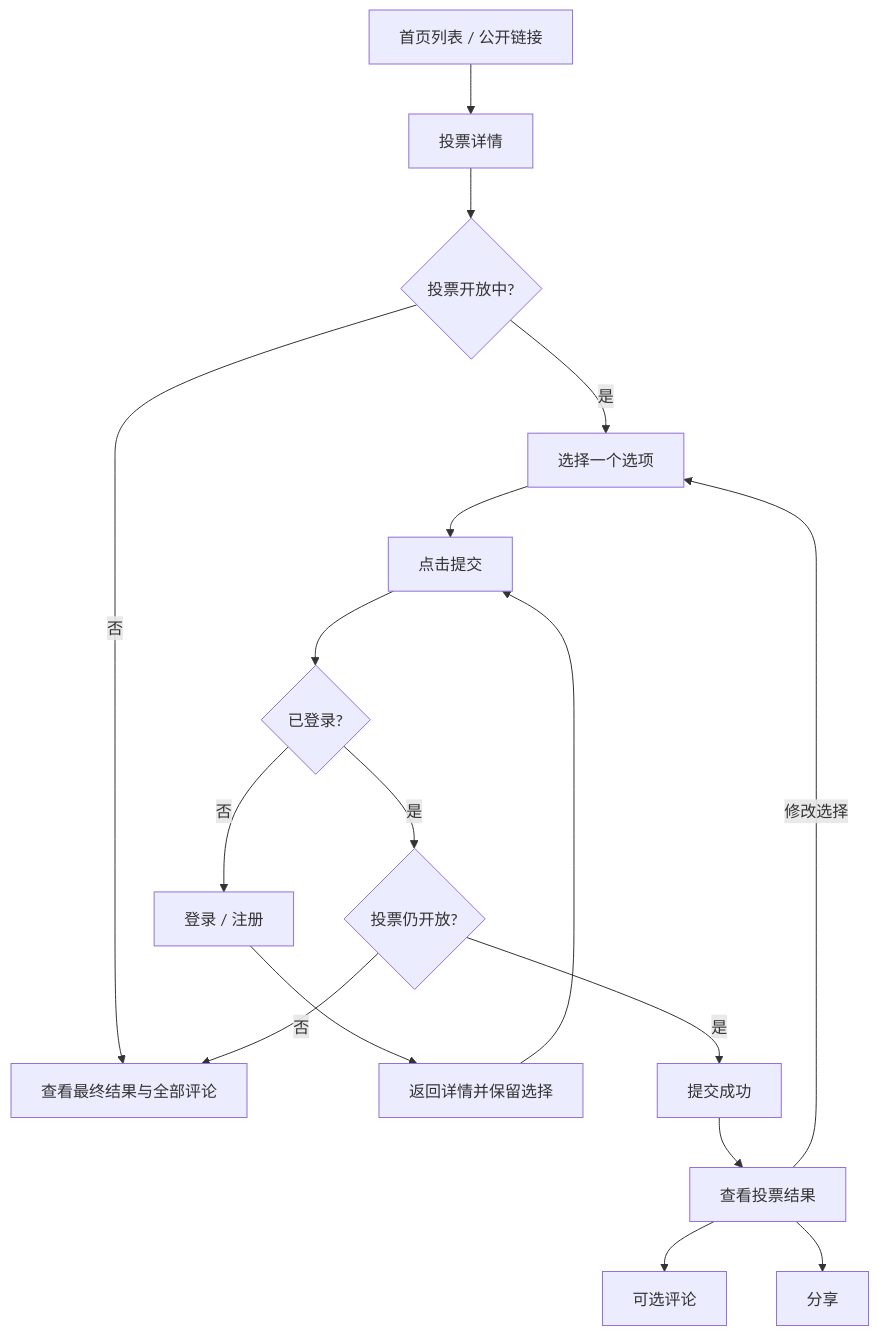
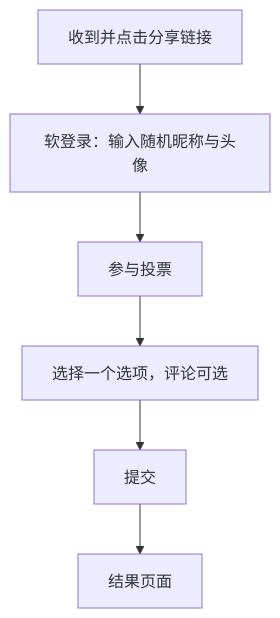
The third of 7 diagrams in docs/UserFlow.md (sd5913/The-Aliien-Repo), drawn with Mermaid before and after one commit. The commit also changed other lines of this file and 2 other files, not shown here.

Commit message:
feat: update User Flow documentation to include soft login process and add English version

````diff
--- a/docs/UserFlow.md
+++ b/docs/UserFlow.md
@@ -60,23 +68,8 @@
 ```mermaid
 flowchart TD
-    A[首页列表 / 公开链接] --> B[投票详情]
-    B --> C{投票开放中?}
-
-    C -->|否| D[查看最终结果与全部评论]
-    C -->|是| E[选择一个选项]
-    E --> F[点击提交]
-    F --> G{已登录?}
-
-    G -->|否| H[登录 / 注册]
-    H --> I[返回详情并保留选择]
-    I --> F
-
-    G -->|是| J{投票仍开放?}
-    J -->|否| D
-    J -->|是| K[提交成功]
-    K --> L[查看投票结果]
-
-    L --> M[可选评论]
-    L --> N[分享]
-    L -->|修改选择| E
+    A[收到并点击分享链接] --> B[软登录：输入随机昵称与头像]
+    B --> C[参与投票]
+    C --> D[选择一个选项，评论可选]
+    D --> E[提交]
+    E --> F[结果页面]
 ```
````
